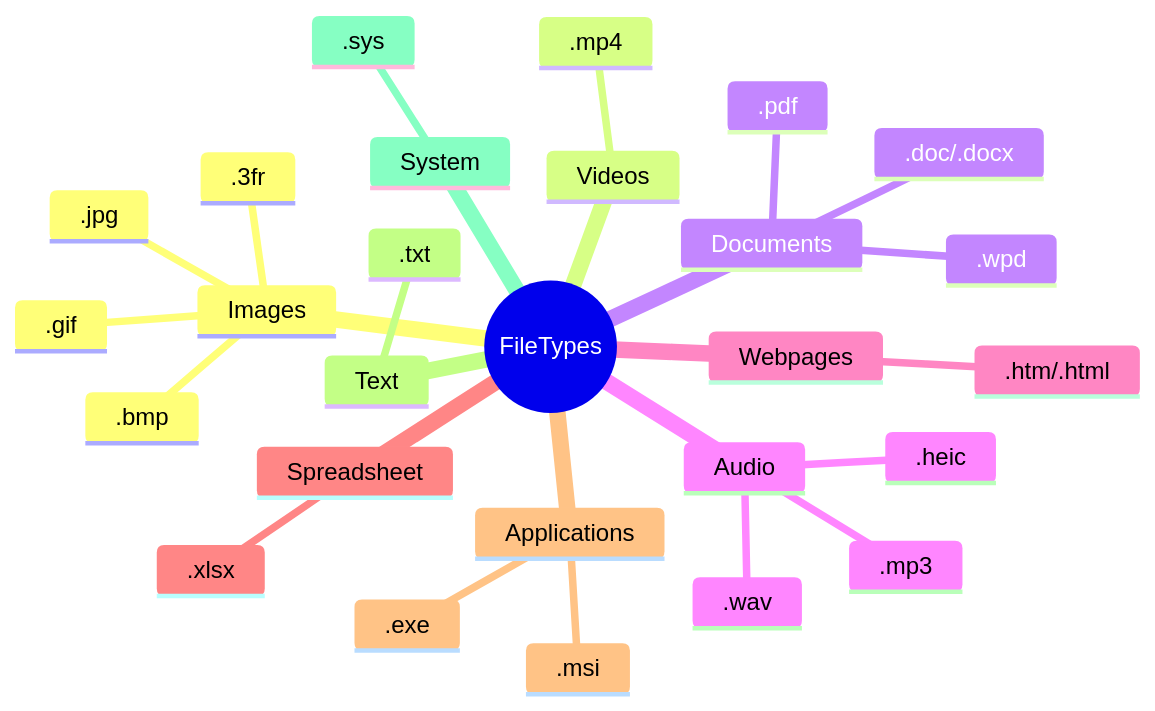
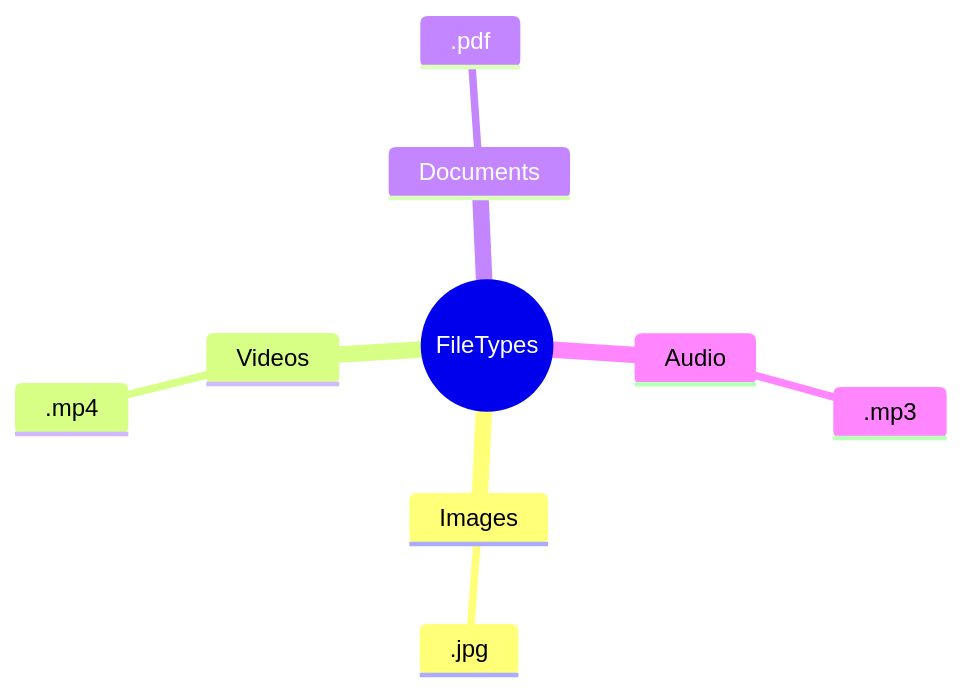
The diagram in pages/file-systems.md (mrmatho/7dt-slides), drawn with Mermaid before and after one commit. The commit also changed other lines of this file and 1 other file, not shown here.

````diff
--- a/pages/file-systems.md
+++ b/pages/file-systems.md
@@ -35,30 +64,12 @@
 ```mermaid
 mindmap
   root((FileTypes))
     Images
       .jpg
-      .bmp
-      .gif
-      .3fr
     Videos
       .mp4
     Documents
       .pdf
-      .doc/.docx
-      .wpd
     Audio
       .mp3
-      .wav
-      .heic
-    Webpages
-      .htm/.html
-    Spreadsheet
-      .xlsx
-    Applications
-      .msi
-      .exe
-    Text
-      .txt
-    System
-      .sys
 ```
````
